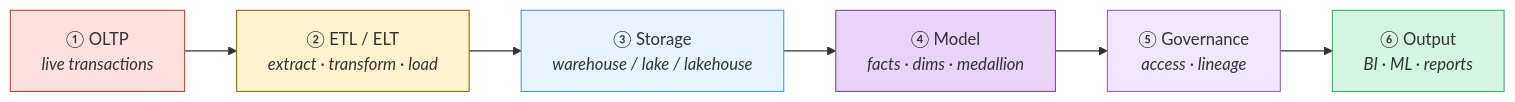
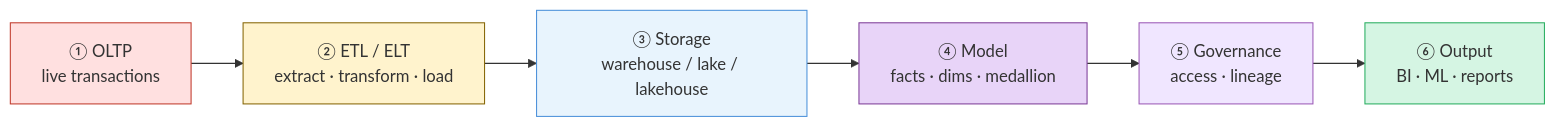
Before and after one commit to adnanrahin/adnanrahin.github.io: the first of 7 diagrams in data-architecture/architecture-map.md, drawn with Mermaid. The commit also changed other lines of this file and 3 other files, not shown here.

Commit message:
updated the flowchart

````diff
--- a/data-architecture/architecture-map.md
+++ b/data-architecture/architecture-map.md
@@ -27,18 +27,18 @@
 ```mermaid
 flowchart LR
-    OLTP["① OLTP<br/><i>live transactions</i>"]
-    ETL["② ETL / ELT<br/><i>extract · transform · load</i>"]
-    STORE["③ Storage<br/><i>warehouse / lake / lakehouse</i>"]
-    MODEL["④ Model<br/><i>facts · dims · medallion</i>"]
-    GOV["⑤ Governance<br/><i>access · lineage</i>"]
-    OUT["⑥ Output<br/><i>BI · ML · reports</i>"]
+    OLTP["① OLTP<br/>live transactions"]
+    ETL["② ETL / ELT<br/>extract · transform · load"]
+    STORE["③ Storage<br/>warehouse / lake / lakehouse"]
+    MODEL["④ Model<br/>facts · dims · medallion"]
+    GOV["⑤ Governance<br/>access · lineage"]
+    OUT["⑥ Output<br/>BI · ML · reports"]
 
     OLTP --> ETL --> STORE --> MODEL --> GOV --> OUT
 
     style OLTP fill:#FFE0E0,stroke:#C0392B
     style ETL fill:#FFF3CD,stroke:#856404
     style STORE fill:#E8F4FD,stroke:#4A90D9
     style MODEL fill:#E8D4F8,stroke:#7D3C98
     style GOV fill:#F0E6FF,stroke:#9B59B6
     style OUT fill:#D5F5E3,stroke:#27AE60
 ```
````
